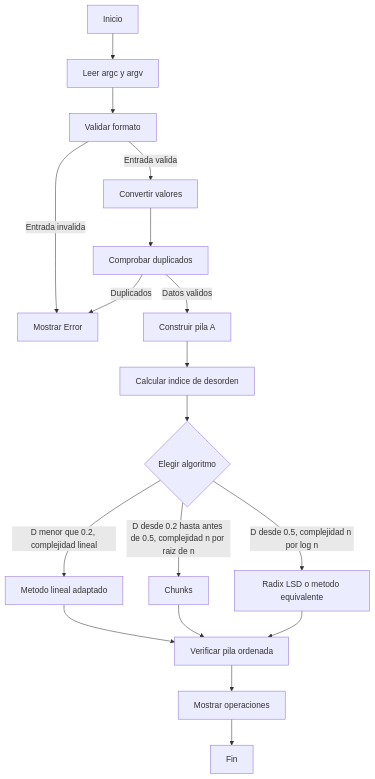
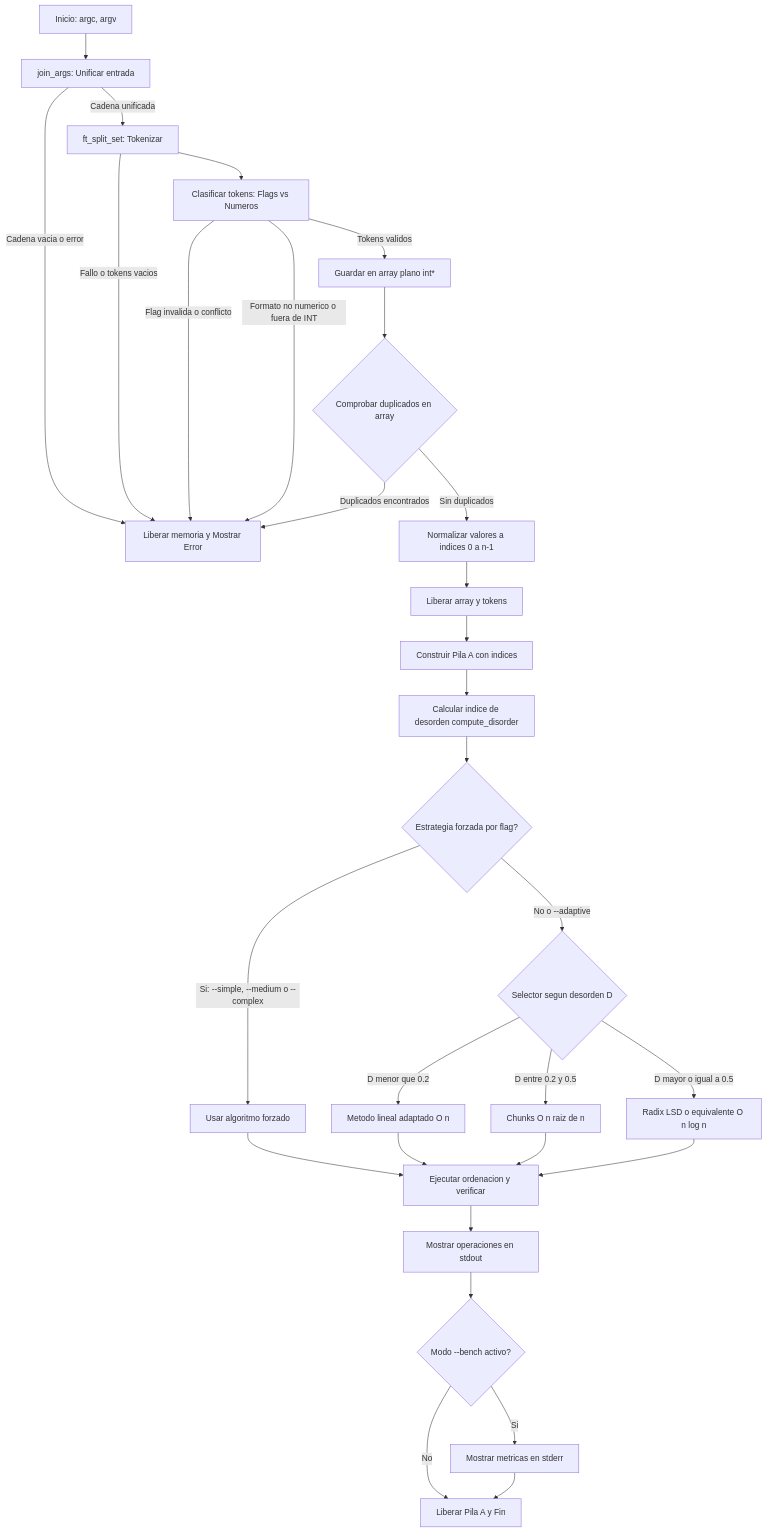
One commit to guizafj/Inicio_logico_C changed the first of 4 diagrams in push_swap/diagramacion.md. Above: the diagram before and after it, drawn with Mermaid. The commit also changed other lines of this file and 25 other files, not shown here.

````diff
--- a/push_swap/diagramacion.md
+++ b/push_swap/diagramacion.md
@@ -90,20 +122,32 @@
 ```mermaid
 flowchart TD
-    A[Inicio] --> B[Leer argc y argv]
-    B --> C[Validar formato]
-    C -->|Entrada invalida| E[Mostrar Error]
-    C -->|Entrada valida| D[Convertir valores]
-    D --> F[Comprobar duplicados]
-    F -->|Duplicados| E
-    F -->|Datos validos| G[Construir pila A]
-    G --> H[Calcular indice de desorden]
-    H --> I{Elegir algoritmo}
-    I -->|D menor que 0.2, complejidad lineal| J[Metodo lineal adaptado]
-    I -->|D desde 0.2 hasta antes de 0.5, complejidad n por raiz de n| K[Chunks]
-    I -->|D desde 0.5, complejidad n por log n| L[Radix LSD o metodo equivalente]
-    J --> M[Verificar pila ordenada]
-    K --> M
-    L --> M
-    M --> N[Mostrar operaciones]
-    N --> O[Fin]
+    A[Inicio: argc, argv] --> B[join_args: Unificar entrada]
+    B -->|Cadena vacia o error| E[Liberar memoria y Mostrar Error]
+    B -->|Cadena unificada| C[ft_split_set: Tokenizar]
+    C -->|Fallo o tokens vacios| E
+    C --> D[Clasificar tokens: Flags vs Numeros]
+    D -->|Flag invalida o conflicto| E
+    D -->|Formato no numerico o fuera de INT| E
+    D -->|Tokens validos| F[Guardar en array plano int*]
+    F --> G{Comprobar duplicados en array}
+    G -->|Duplicados encontrados| E
+    G -->|Sin duplicados| H[Normalizar valores a indices 0 a n-1]
+    H --> I[Liberar array y tokens]
+    I --> J[Construir Pila A con indices]
+    J --> K[Calcular indice de desorden compute_disorder]
+    K --> L{Estrategia forzada por flag?}
+    L -->|Si: --simple, --medium o --complex| M[Usar algoritmo forzado]
+    L -->|No o --adaptive| N{Selector segun desorden D}
+    N -->|D menor que 0.2| O[Metodo lineal adaptado O n]
+    N -->|D entre 0.2 y 0.5| P[Chunks O n raiz de n]
+    N -->|D mayor o igual a 0.5| Q[Radix LSD o equivalente O n log n]
+    M --> R[Ejecutar ordenacion y verificar]
+    O --> R
+    P --> R
+    Q --> R
+    R --> S[Mostrar operaciones en stdout]
+    S --> T{Modo --bench activo?}
+    T -->|Si| U[Mostrar metricas en stderr]
+    T -->|No| V[Liberar Pila A y Fin]
+    U --> V
 ```
````
